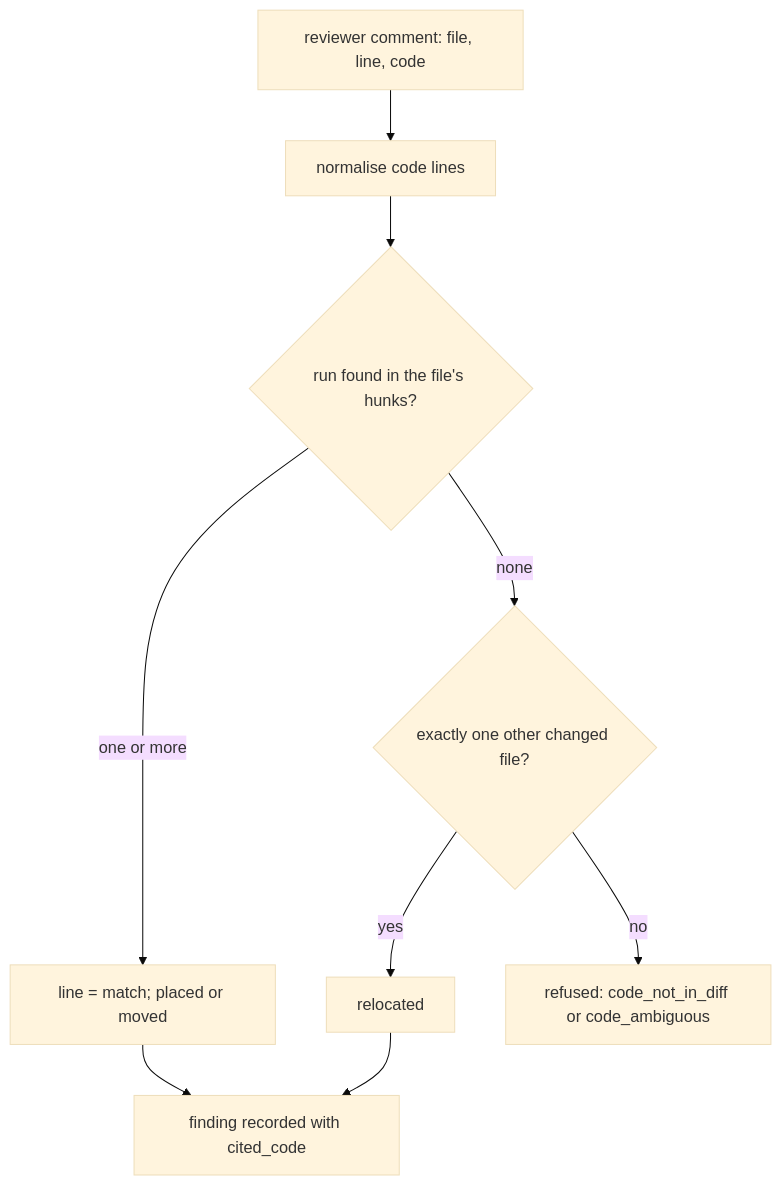
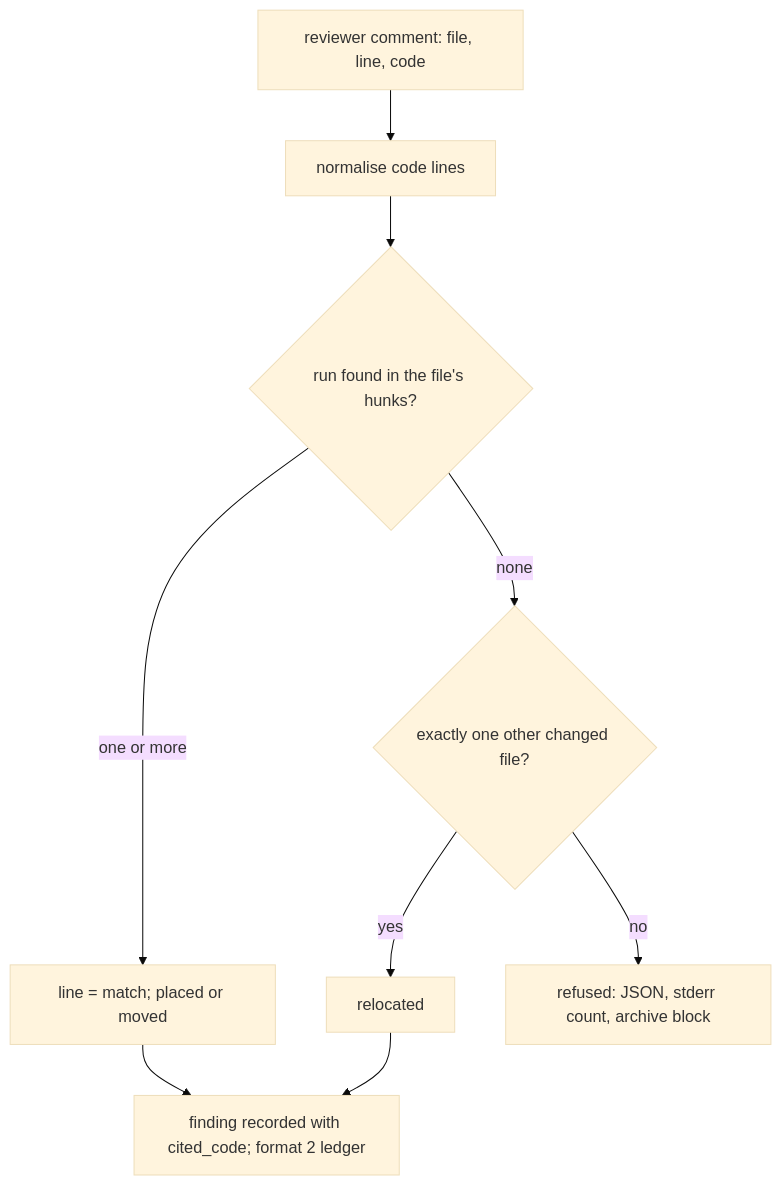
One commit to repoachhq/repoach changed the diagram in docs/specs/2026-11-12_SP-FINDING-CITES-ITS-CODE_a-finding-names-the-lines-it-is-about-and-its-line-is-derived.md. Above: the diagram before and after it, drawn with Mermaid (base theme). The commit also changed other lines of this file, not shown here.

First line of the commit message:
docs(specs): approve the finding anchor with its format bump

````diff
--- a/docs/specs/2026-11-12_SP-FINDING-CITES-ITS-CODE_a-finding-names-the-lines-it-is-about-and-its-line-is-derived.md
+++ b/docs/specs/2026-11-12_SP-FINDING-CITES-ITS-CODE_a-finding-names-the-lines-it-is-about-and-its-line-is-derived.md
@@ -169,11 +265,11 @@
 ```mermaid
 flowchart TD
     C[reviewer comment: file, line, code] --> N[normalise code lines]
     N --> H{run found in the file's hunks?}
     H -->|one or more| P[line = match; placed or moved]
     H -->|none| O{exactly one other changed file?}
     O -->|yes| R[relocated]
-    O -->|no| X[refused: code_not_in_diff or code_ambiguous]
-    P --> F[finding recorded with cited_code]
+    O -->|no| X[refused: JSON, stderr count, archive block]
+    P --> F[finding recorded with cited_code; format 2 ledger]
     R --> F
 ```
````
